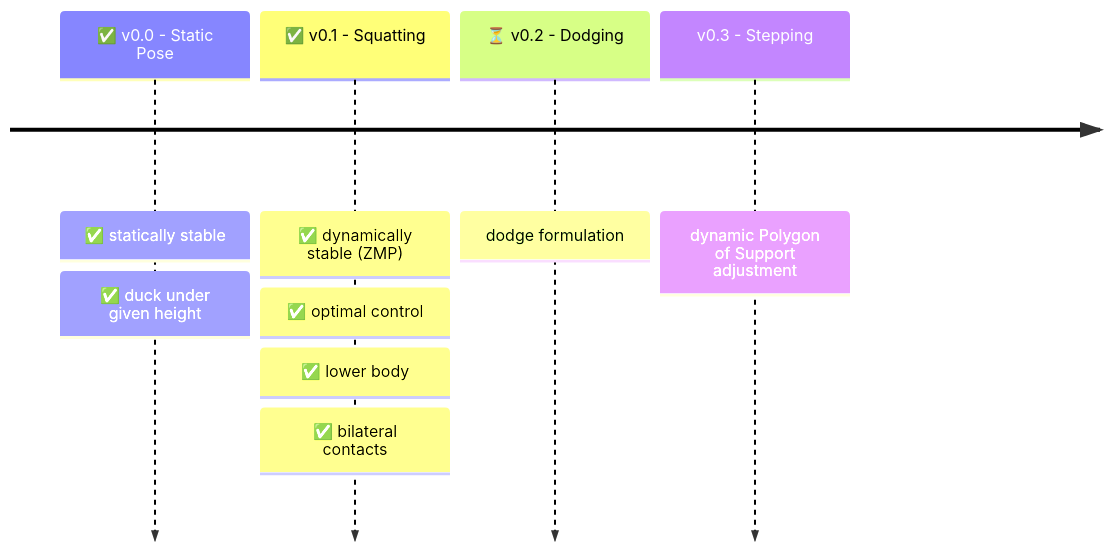
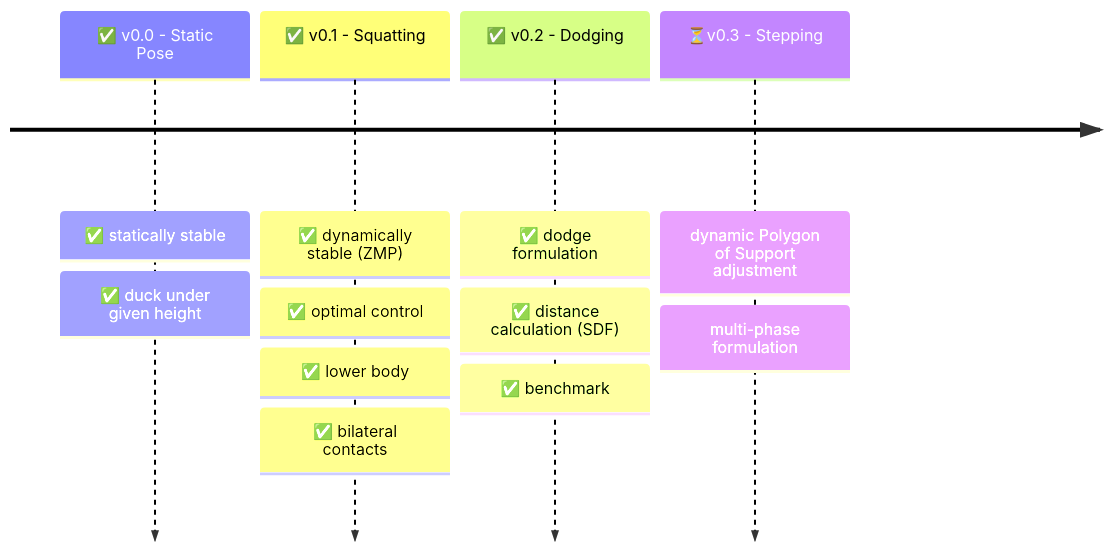
The diagram in README.md (DominicZahn/Project_Neo), drawn with Mermaid before and after one commit.

Commit message:
updated readme and construct

````diff
--- a/README.md
+++ b/README.md
@@ -38,8 +38,8 @@
 ```mermaid
 
 timeline
   ✅ v0.0 - Static Pose : ✅ statically stable : ✅ duck under given height
   ✅ v0.1 - Squatting : ✅ dynamically stable (ZMP) : ✅ optimal control : ✅ lower body : ✅ bilateral contacts
-  ⏳️ v0.2 - Dodging : dodge formulation
-  v0.3 - Stepping : dynamic Polygon of Support adjustment
+  ✅ v0.2 - Dodging : ✅ dodge formulation : ✅ distance calculation (SDF) : ✅ benchmark
+  ⏳️v0.3 - Stepping : dynamic Polygon of Support adjustment : multi-phase formulation
 ```
````
